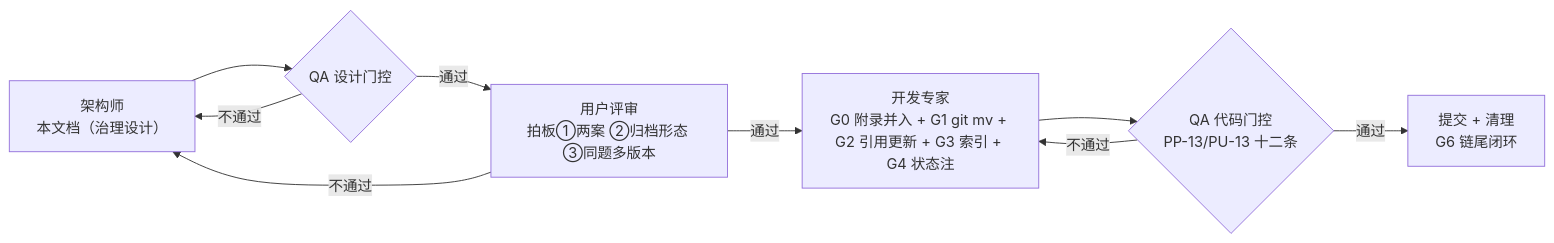
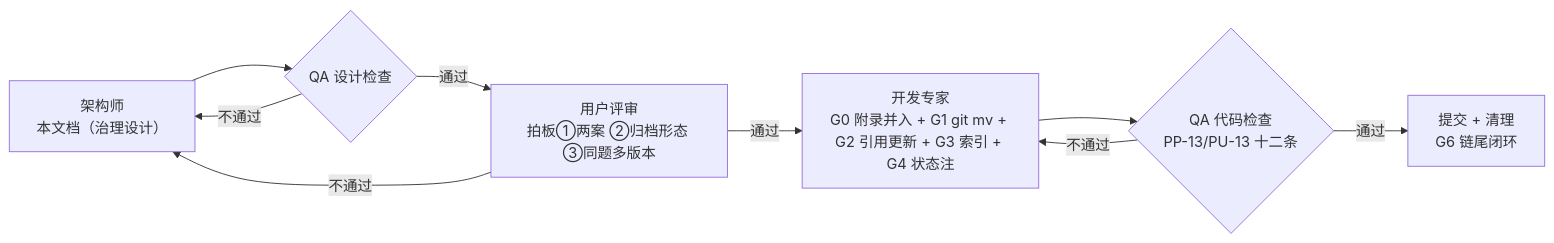
Before and after one commit to baikangwang/dsh-vscode-agent: the diagram in docs/目录治理设计方案.md, drawn with Mermaid. The commit also changed other lines of this file and 19 other files, not shown here.

````diff
--- a/docs/目录治理设计方案.md
+++ b/docs/目录治理设计方案.md
@@ -425,11 +425,11 @@
 ```mermaid
 flowchart LR
-    A["架构师<br/>本文档（治理设计）"] --> B{"QA 设计门控"}
+    A["架构师<br/>本文档（治理设计）"] --> B{"QA 设计检查"}
     B -->|不通过| A
     B -->|通过| C["用户评审<br/>拍板①两案 ②归档形态 ③同题多版本"]
     C -->|不通过| A
     C -->|通过| D["开发专家<br/>G0 附录并入 + G1 git mv + G2 引用更新 + G3 索引 + G4 状态注"]
-    D --> E{"QA 代码门控<br/>PP-13/PU-13 十二条"}
+    D --> E{"QA 代码检查<br/>PP-13/PU-13 十二条"}
     E -->|不通过| D
     E -->|通过| F["提交 + 清理<br/>G6 链尾闭环"]
 ```
````
